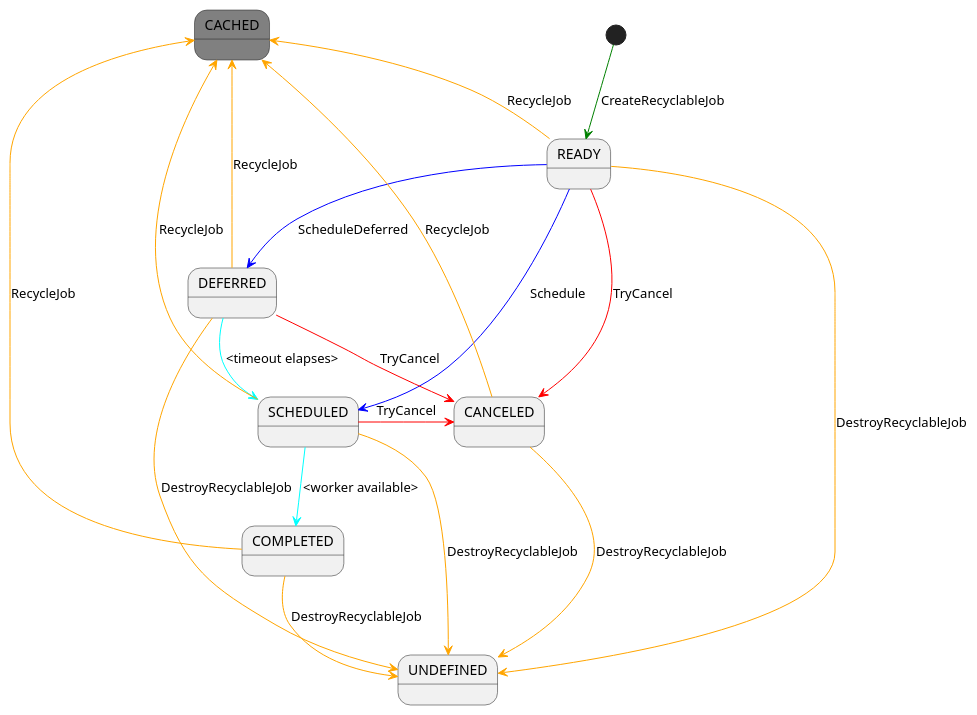
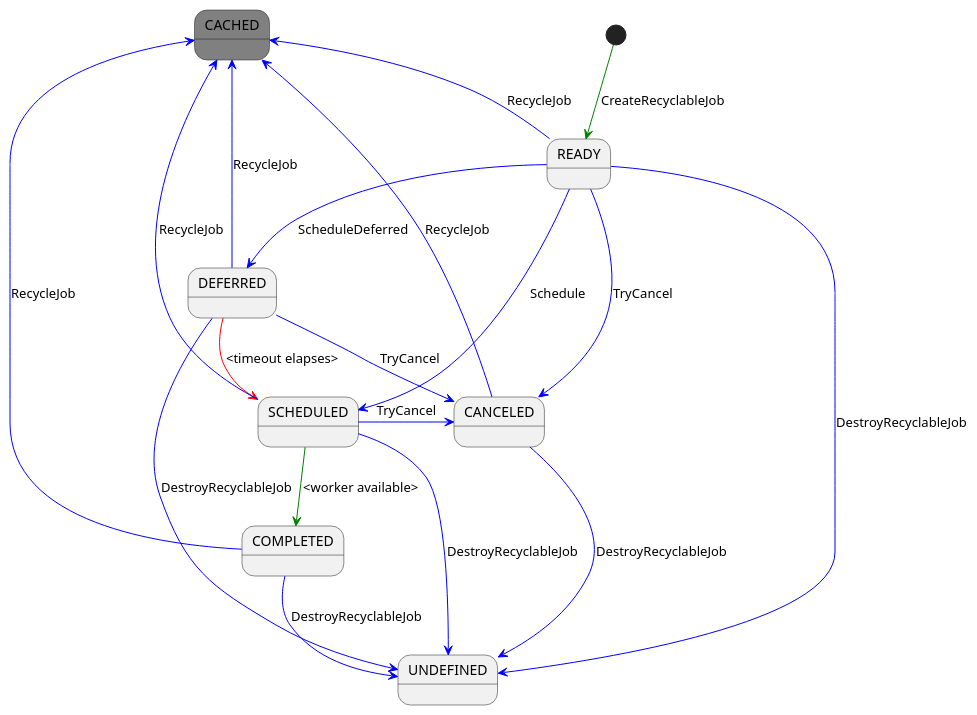
Before and after one commit to aws/aws-iot-device-sdk-embedded-C: the diagram in doc/plantuml/RecyclableJobStatus.pu, drawn with PlantUML. The commit also changed 6 other files, not shown here.

```diff
--- a/doc/plantuml/RecyclableJobStatus.pu
+++ b/doc/plantuml/RecyclableJobStatus.pu
@@ -1,46 +1,46 @@
 @startuml
 
 skinparam classFontSize 8
 skinparam classFontName Helvetica
 skinparam state {
   BackgroundColor<<Cached>> Gray
 }
 state READY {
 }
 state SCHEDULED {
 }
 state DEFERRED {
 }
 state COMPLETED {
 }
 state CANCELED {
 }
 state UNDEFINED {
 }
 state CACHED <<Cached>> {
 }
 
 [*] --[#green]> READY : CreateRecyclableJob
 READY --[#blue]> SCHEDULED : Schedule
 READY --[#blue]> DEFERRED : ScheduleDeferred
-DEFERRED --[#cyan]> SCHEDULED : <timeout elapses>
-SCHEDULED --[#cyan]> COMPLETED : <worker available>
-COMPLETED -up[#orange]-> CACHED : RecycleJob
-COMPLETED --[#orange]> UNDEFINED : DestroyRecyclableJob
+DEFERRED --[#red]> SCHEDULED : <timeout elapses>
+SCHEDULED --[#green]> COMPLETED : <worker available>
+COMPLETED -up[#blue]-> CACHED : RecycleJob
+COMPLETED --[#blue]> UNDEFINED : DestroyRecyclableJob
 
-READY -right[#red]-> CANCELED : TryCancel
-DEFERRED -right[#red]-> CANCELED : TryCancel
-SCHEDULED -right[#red]-> CANCELED : TryCancel
+READY -right[#blue]-> CANCELED : TryCancel
+DEFERRED -right[#blue]-> CANCELED : TryCancel
+SCHEDULED -right[#blue]-> CANCELED : TryCancel
 
-CANCELED --[#orange]> CACHED : RecycleJob
-CANCELED --[#orange]> UNDEFINED : DestroyRecyclableJob
+CANCELED --[#blue]> CACHED : RecycleJob
+CANCELED --[#blue]> UNDEFINED : DestroyRecyclableJob
 
-READY -up[#orange]-> CACHED : RecycleJob
-DEFERRED -up[#orange]-> CACHED : RecycleJob
-SCHEDULED -up[#orange]-> CACHED : RecycleJob
+READY -up[#blue]-> CACHED : RecycleJob
+DEFERRED -up[#blue]-> CACHED : RecycleJob
+SCHEDULED -up[#blue]-> CACHED : RecycleJob
 
-READY --[#orange]> UNDEFINED : DestroyRecyclableJob
-DEFERRED --[#orange]> UNDEFINED : DestroyRecyclableJob
-SCHEDULED --[#orange]> UNDEFINED : DestroyRecyclableJob
+READY --[#blue]> UNDEFINED : DestroyRecyclableJob
+DEFERRED --[#blue]> UNDEFINED : DestroyRecyclableJob
+SCHEDULED --[#blue]> UNDEFINED : DestroyRecyclableJob
 
 @enduml
```
